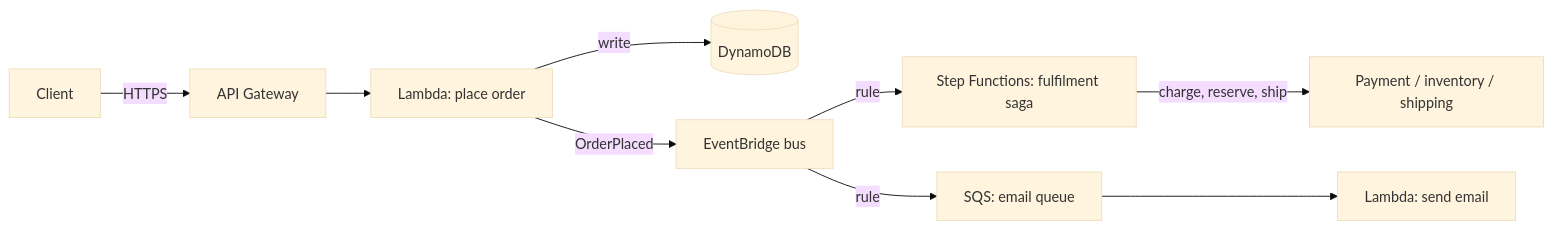
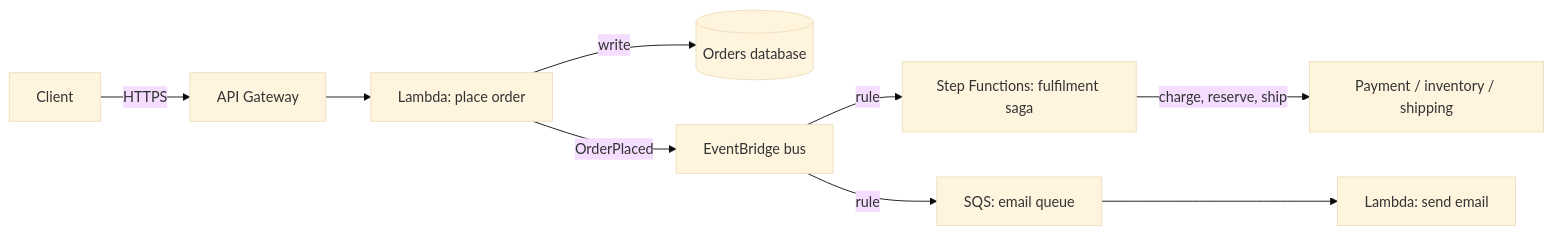
The diagram in apps/web/content/cloud/aws/serverless.mdx (dhanrajsahoo0007/AI-ML), drawn with Mermaid (base theme) before and after one commit. The commit also changed other lines of this file and 33 other files, not shown here.

````diff
--- a/apps/web/content/cloud/aws/serverless.mdx
+++ b/apps/web/content/cloud/aws/serverless.mdx
@@ -21,11 +38,11 @@
 ```mermaid
 flowchart LR
     C["Client"] -->|"HTTPS"| APIGW["API Gateway"]
     APIGW --> FN["Lambda: place order"]
-    FN -->|"write"| DDB[("DynamoDB")]
+    FN -->|"write"| DB[("Orders database")]
     FN -->|"OrderPlaced"| EB["EventBridge bus"]
     EB -->|"rule"| SF["Step Functions: fulfilment saga"]
     EB -->|"rule"| Q["SQS: email queue"]
     Q --> MAIL["Lambda: send email"]
     SF -->|"charge, reserve, ship"| SVC["Payment / inventory / shipping"]
 ```
````
